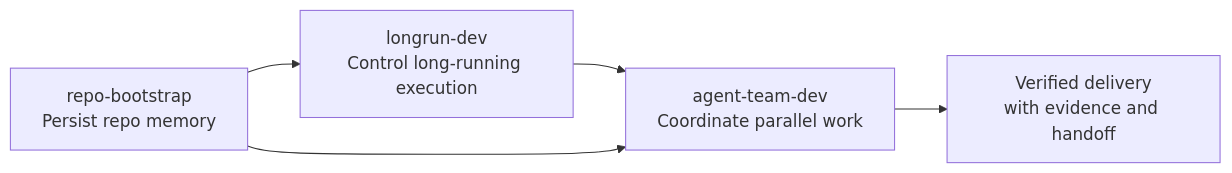
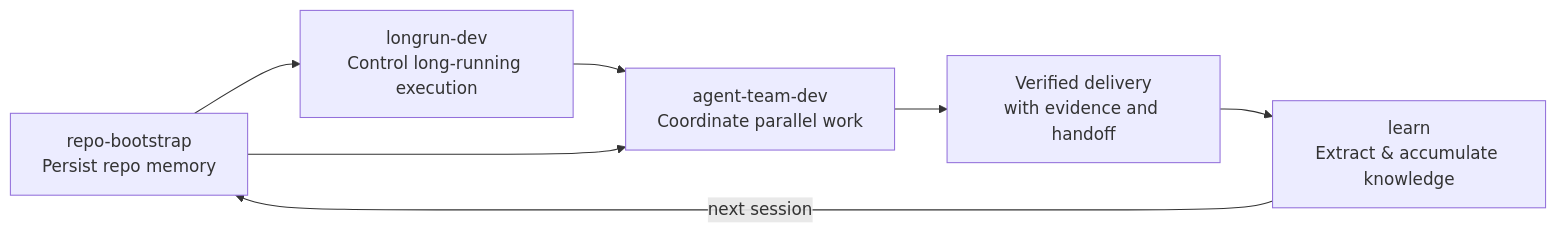
The diagram in README.md (YuxiaoWang-520/codex-skills), drawn with Mermaid before and after one commit. The commit also changed other lines of this file and 4 other files, not shown here.

First line of the commit message:
feat: add learn skill for cross-session knowledge accumulation

````diff
--- a/README.md
+++ b/README.md
@@ -221,7 +253,9 @@
 ```mermaid
 flowchart LR
     A[repo-bootstrap<br/>Persist repo memory] --> B[longrun-dev<br/>Control long-running execution]
     B --> C[agent-team-dev<br/>Coordinate parallel work]
     A --> C
     C --> D[Verified delivery<br/>with evidence and handoff]
+    D --> E[learn<br/>Extract & accumulate knowledge]
+    E -->|next session| A
 ```
````
